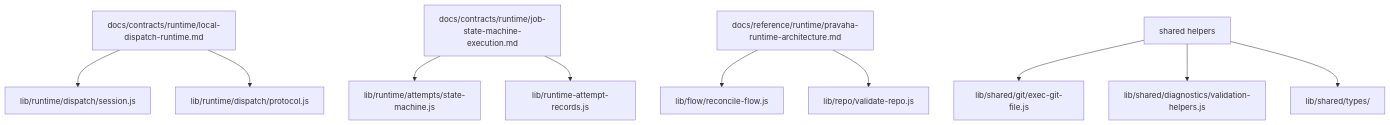
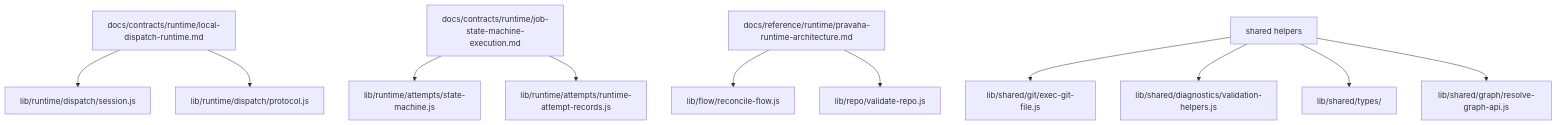
Before and after one commit to mantoni/pravaha: the diagram in docs/reference/runtime/runtime-code-map.md, drawn with Mermaid. The commit also changed other lines of this file and 59 other files, not shown here.

````diff
--- a/docs/reference/runtime/runtime-code-map.md
+++ b/docs/reference/runtime/runtime-code-map.md
@@ -106,12 +108,13 @@
 ```mermaid
 graph TD
   A["docs/contracts/runtime/local-dispatch-runtime.md"] --> B["lib/runtime/dispatch/session.js"]
   A --> C["lib/runtime/dispatch/protocol.js"]
   D["docs/contracts/runtime/job-state-machine-execution.md"] --> E["lib/runtime/attempts/state-machine.js"]
-  D --> F["lib/runtime-attempt-records.js"]
+  D --> F["lib/runtime/attempts/runtime-attempt-records.js"]
   G["docs/reference/runtime/pravaha-runtime-architecture.md"] --> H["lib/flow/reconcile-flow.js"]
   G --> I["lib/repo/validate-repo.js"]
   J["shared helpers"] --> K["lib/shared/git/exec-git-file.js"]
   J --> L["lib/shared/diagnostics/validation-helpers.js"]
   J --> M["lib/shared/types/"]
+  J --> N["lib/shared/graph/resolve-graph-api.js"]
 ```
````
